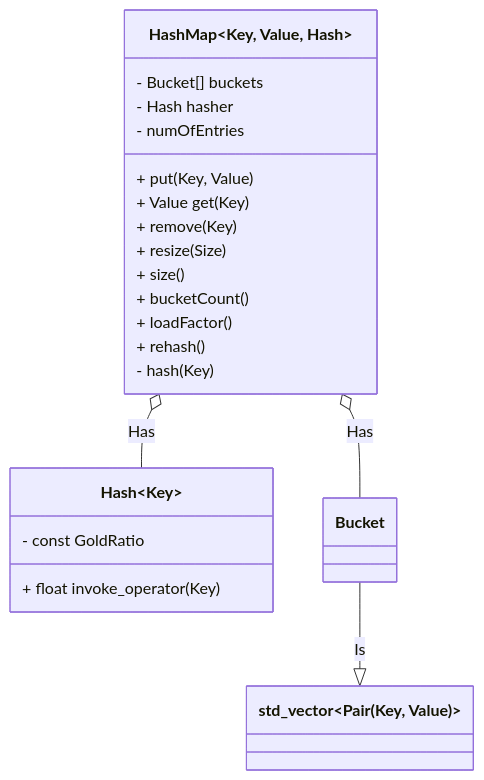
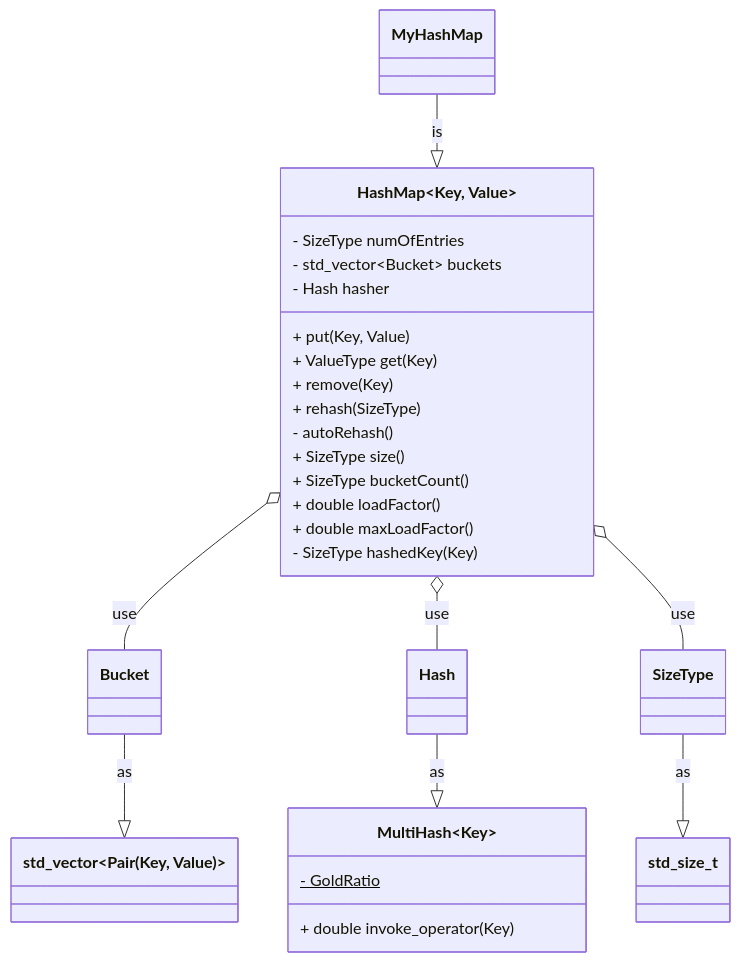
The diagram in DSA-Problems/leetcode/tag-design/706-Design-HashMap/Logic.md (AsherJingkongChen/Mini-Note), drawn with Mermaid before and after one commit. The commit also changed other lines of this file and 5 other files, not shown here.

````diff
--- a/DSA-Problems/leetcode/tag-design/706-Design-HashMap/Logic.md
+++ b/DSA-Problems/leetcode/tag-design/706-Design-HashMap/Logic.md
@@ -19,28 +25,34 @@
 ```mermaid
 classDiagram
-	class HashMap~Key, Value, Hash~ {
-		- Bucket[] buckets
+	class HashMap~Key, Value~ {
+		- SizeType numOfEntries
+		- std_vector~Bucket~ buckets
 		- Hash hasher
-		- numOfEntries
 		
 		+ put(Key, Value)
-		+ Value get(Key)
+		+ ValueType get(Key)
 		+ remove(Key)
-		+ resize(Size)
-
-		+ size()
-		+ bucketCount()
-		+ loadFactor()
-		+ rehash()
-		- hash(Key)
+		+ rehash(SizeType)
+		- autoRehash()
+		
+		+ SizeType size()
+		+ SizeType bucketCount()
+		+ double loadFactor()
+		+ double maxLoadFactor()
+		
+		- SizeType hashedKey(Key)
 	}
 
-	class Hash~Key~ {
-		- const GoldRatio
-		+ float invoke_operator(Key)
+	class MultiHash~Key~ {
+		- GoldRatio$
+		+ double invoke_operator(Key)
 	}
 
-	Bucket --|> std_vector~Pair(Key, Value)~ : Is
-	HashMap o-- Bucket : Has
-	HashMap o-- Hash : Has
+	Bucket --|> std_vector~Pair(Key, Value)~ : as
+	Hash --|> MultiHash : as
+	SizeType --|> std_size_t : as
+	MyHashMap --|> HashMap : is
+	HashMap o-- Bucket : use
+	HashMap o-- Hash : use
+	HashMap o-- SizeType : use
 ```
````
